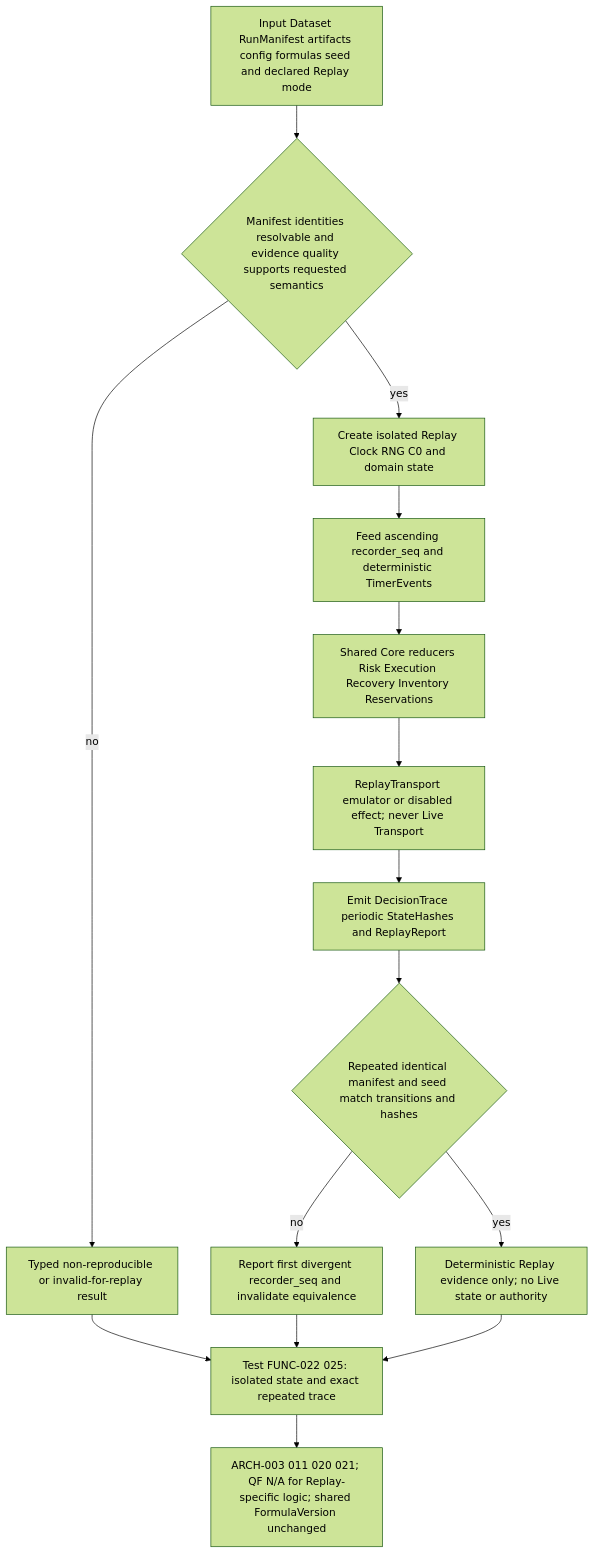
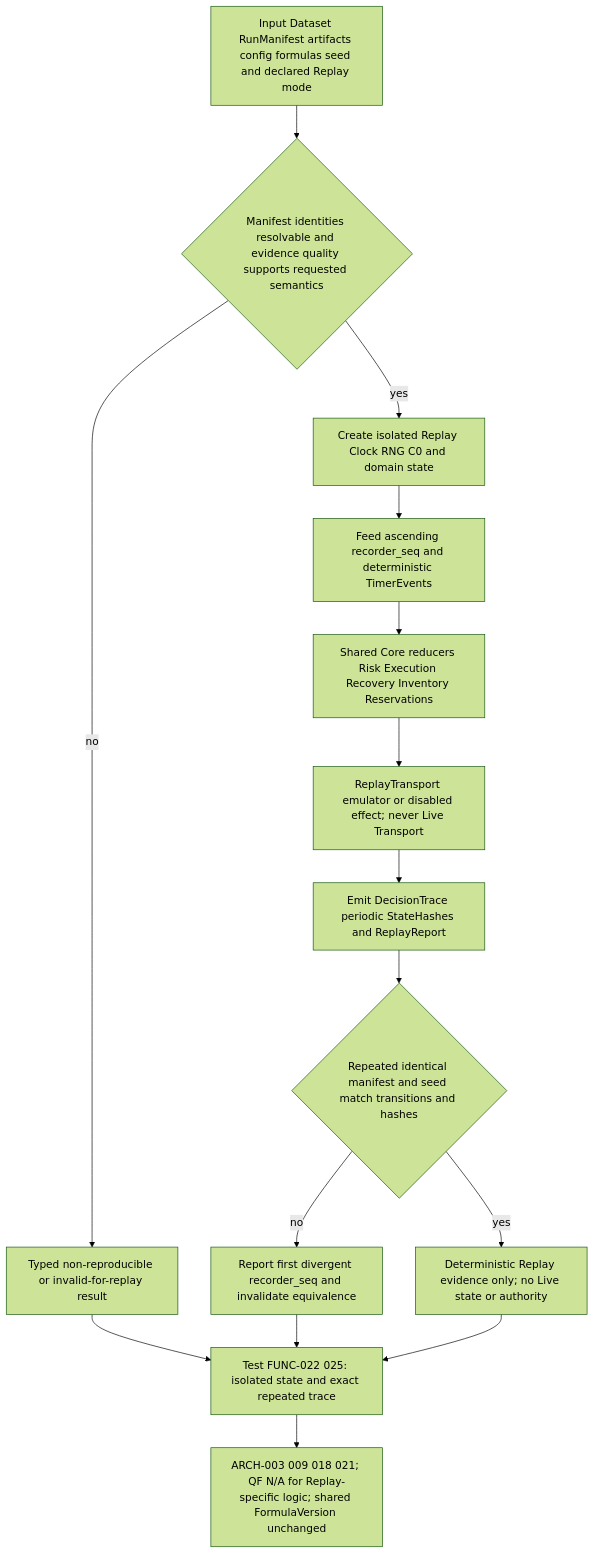
Before and after one commit to Insular2895/hyperliquid-arbitrage-bot: diagram 27 of 37 in docs_v2/deep-specs/architecture/15_ARCHITECTURE_VISUAL_ATLAS.md, drawn with Mermaid (forest theme). The commit also changed other lines of this file and 3 other files, not shown here.

````diff
--- a/docs_v2/deep-specs/architecture/15_ARCHITECTURE_VISUAL_ATLAS.md
+++ b/docs_v2/deep-specs/architecture/15_ARCHITECTURE_VISUAL_ATLAS.md
@@ -1014,17 +1026,17 @@
 ```mermaid
 flowchart TD
     I27["Input Dataset RunManifest artifacts config formulas seed and declared Replay mode"] --> V27{"Manifest identities resolvable and evidence quality supports requested semantics"}
     V27 -->|no| R27["Typed non-reproducible or invalid-for-replay result"]
     V27 -->|yes| C27["Create isolated Replay Clock RNG C0 and domain state"]
     C27 --> F27["Feed ascending recorder_seq and deterministic TimerEvents"]
     F27 --> E27["Shared Core reducers Risk Execution Recovery Inventory Reservations"]
     E27 --> X27["ReplayTransport emulator or disabled effect; never Live Transport"]
     X27 --> D27["Emit DecisionTrace periodic StateHashes and ReplayReport"]
     D27 --> P27{"Repeated identical manifest and seed match transitions and hashes"}
     P27 -->|no| M27["Report first divergent recorder_seq and invalidate equivalence"]
     P27 -->|yes| O27["Deterministic Replay evidence only; no Live state or authority"]
     O27 --> T27["Test FUNC-022 025: isolated state and exact repeated trace"]
     R27 --> T27
     M27 --> T27
-    T27 --> Z27["ARCH-003 011 020 021; QF N/A for Replay-specific logic; shared FormulaVersion unchanged"]
+    T27 --> Z27["ARCH-003 009 018 021; QF N/A for Replay-specific logic; shared FormulaVersion unchanged"]
 ```
````
